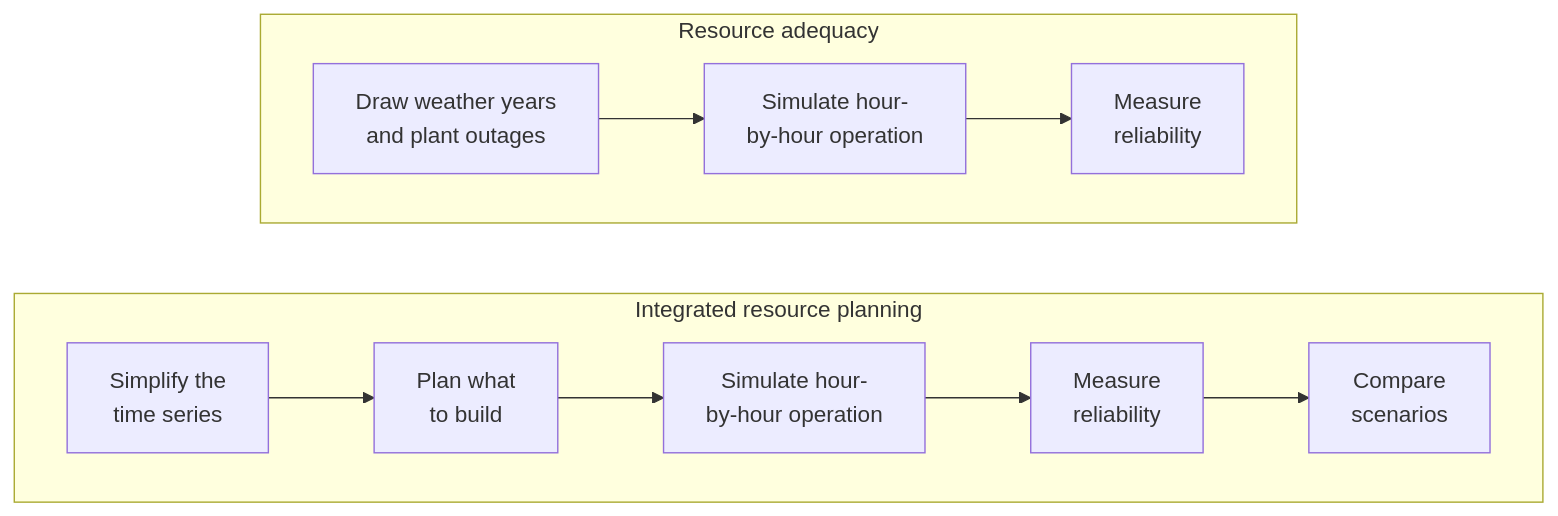
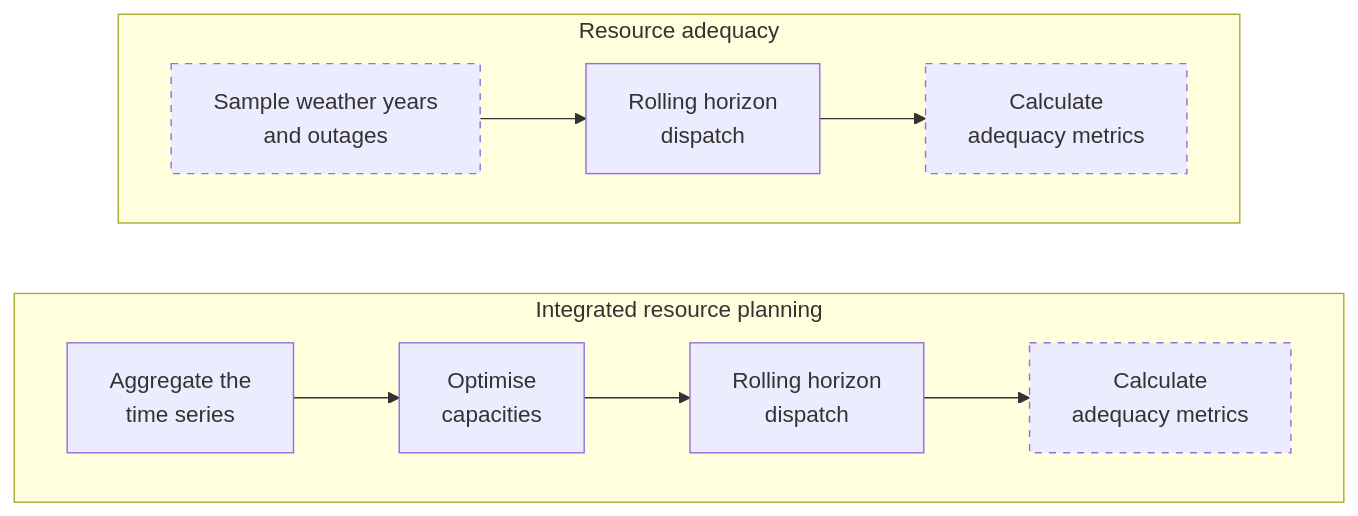
Before and after one commit to manta-plan/manta: the diagram in docs/user-guide/how-a-study-works.md, drawn with Mermaid. The commit also changed other lines of this file and 7 other files, not shown here.

Commit message:
Clarify architecture & design vs user guide

````diff
--- a/docs/user-guide/how-a-study-works.md
+++ b/docs/user-guide/how-a-study-works.md
@@ -129,11 +133,13 @@
 ```mermaid
 flowchart LR
     subgraph irp["Integrated resource planning"]
         direction LR
-        i1["Simplify the<br/>time series"] --> i2["Plan what<br/>to build"] --> i3["Simulate hour-<br/>by-hour operation"] --> i4["Measure<br/>reliability"] --> i5["Compare<br/>scenarios"]
+        i1["Aggregate the<br/>time series"] --> i2["Optimise<br/>capacities"] --> i3["Rolling horizon<br/>dispatch"] --> i4["Calculate<br/>adequacy metrics"]
     end
     subgraph ra["Resource adequacy"]
         direction LR
-        r1["Draw weather years<br/>and plant outages"] --> r2["Simulate hour-<br/>by-hour operation"] --> r3["Measure<br/>reliability"]
+        r1["Sample weather years<br/>and outages"] --> r2["Rolling horizon<br/>dispatch"] --> r3["Calculate<br/>adequacy metrics"]
     end
+    classDef planned stroke-dasharray: 5 5
+    class i4,r1,r3 planned
 ```
````
